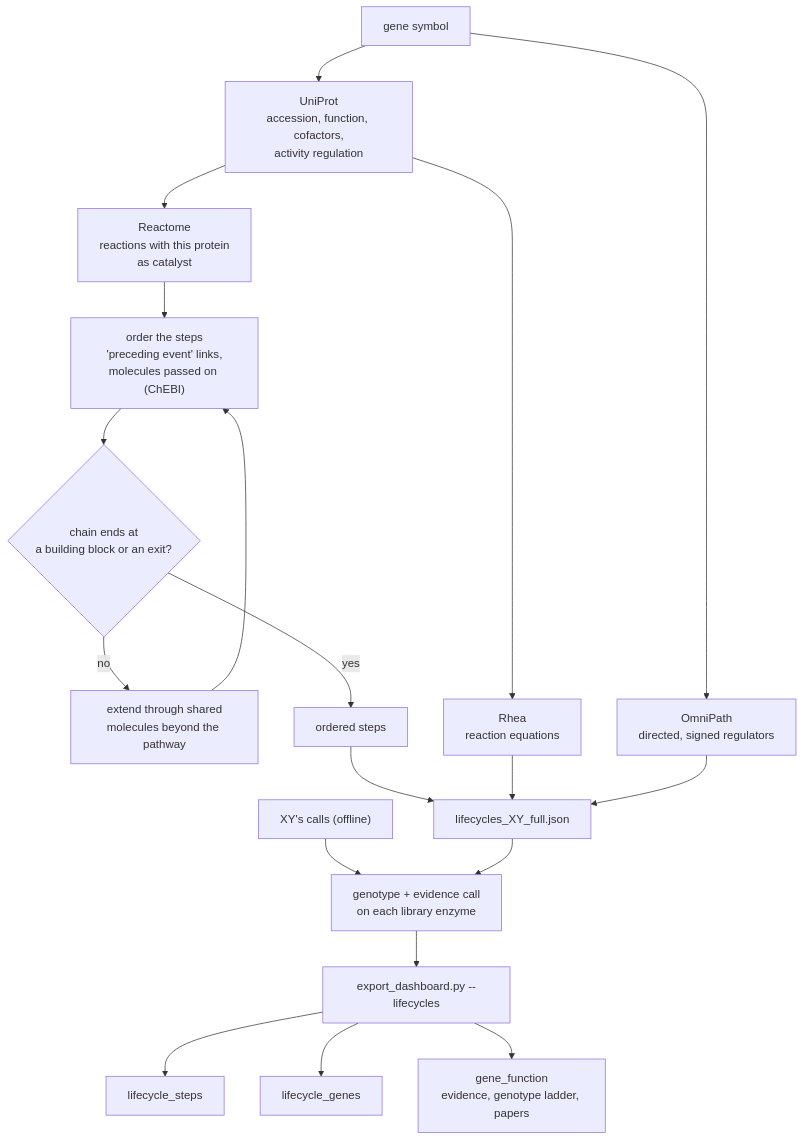
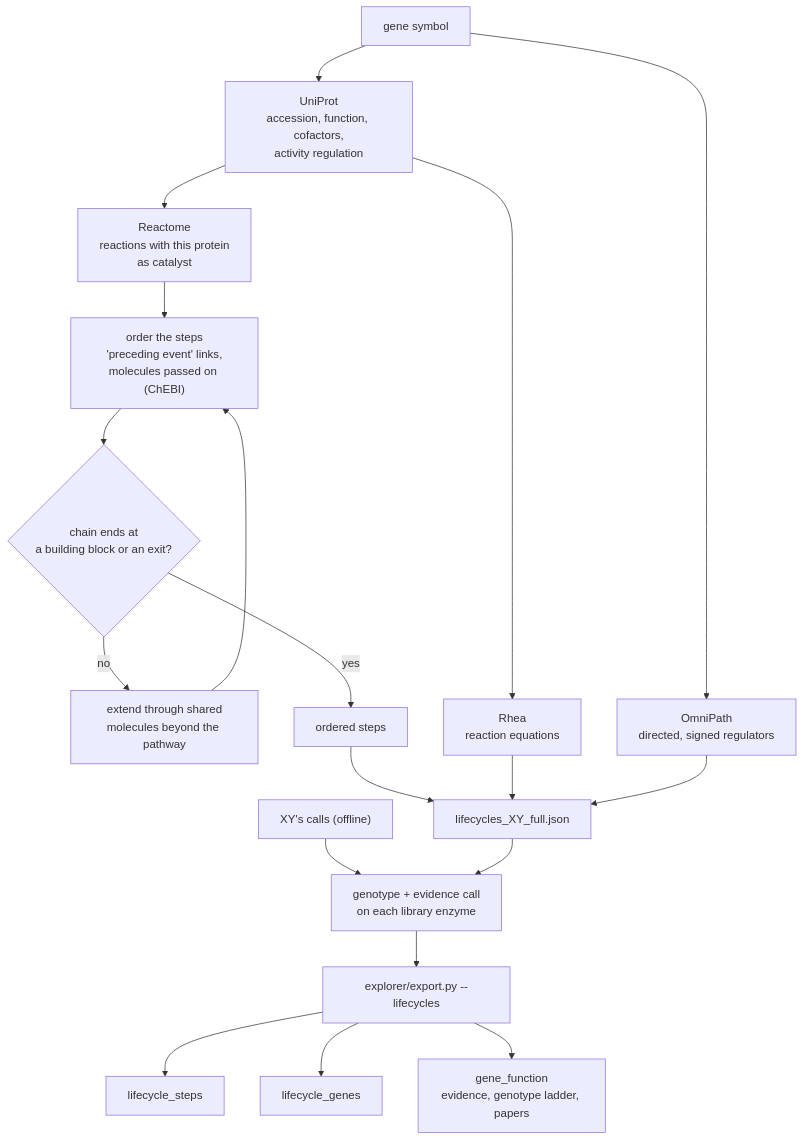
Before and after one commit to Lyceriuss/DNA-Analyzer: the first of 2 diagrams in docs/architecture/lifecycles.md, drawn with Mermaid. The commit also changed other lines of this file and 109 other files, not shown here.

````diff
--- a/docs/architecture/lifecycles.md
+++ b/docs/architecture/lifecycles.md
@@ -9,19 +9,19 @@
 ```mermaid
 flowchart TB
     G["gene symbol"] --> UP["UniProt<br/>accession, function, cofactors,<br/>activity regulation"]
     UP --> RX["Reactome<br/>reactions with this protein<br/>as catalyst"]
     RX --> ORD["order the steps<br/>'preceding event' links,<br/>molecules passed on (ChEBI)"]
     ORD --> EXT{"chain ends at<br/>a building block or an exit?"}
     EXT -->|no| SHARE["extend through shared<br/>molecules beyond the pathway"]
     SHARE --> ORD
     EXT -->|yes| STEPS["ordered steps"]
     UP --> RH["Rhea<br/>reaction equations"]
     G --> OP["OmniPath<br/>directed, signed regulators"]
     STEPS & RH & OP --> LC["lifecycles_XY_full.json"]
     CALLS["XY's calls (offline)"] --> OVER["genotype + evidence call<br/>on each library enzyme"]
     LC --> OVER
-    OVER --> EXP["export_dashboard.py --lifecycles"]
+    OVER --> EXP["explorer/export.py --lifecycles"]
     EXP --> D1["lifecycle_steps"]
     EXP --> D2["lifecycle_genes"]
     EXP --> D3["gene_function<br/>evidence, genotype ladder, papers"]
 ```
````
